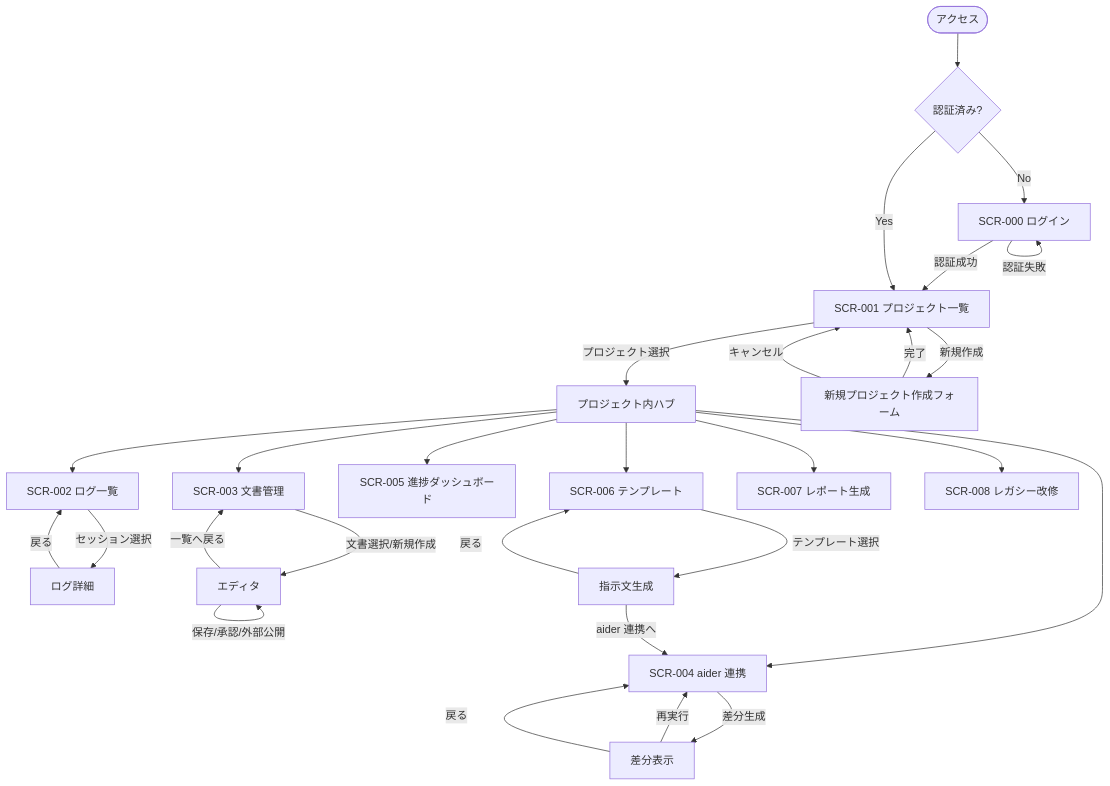
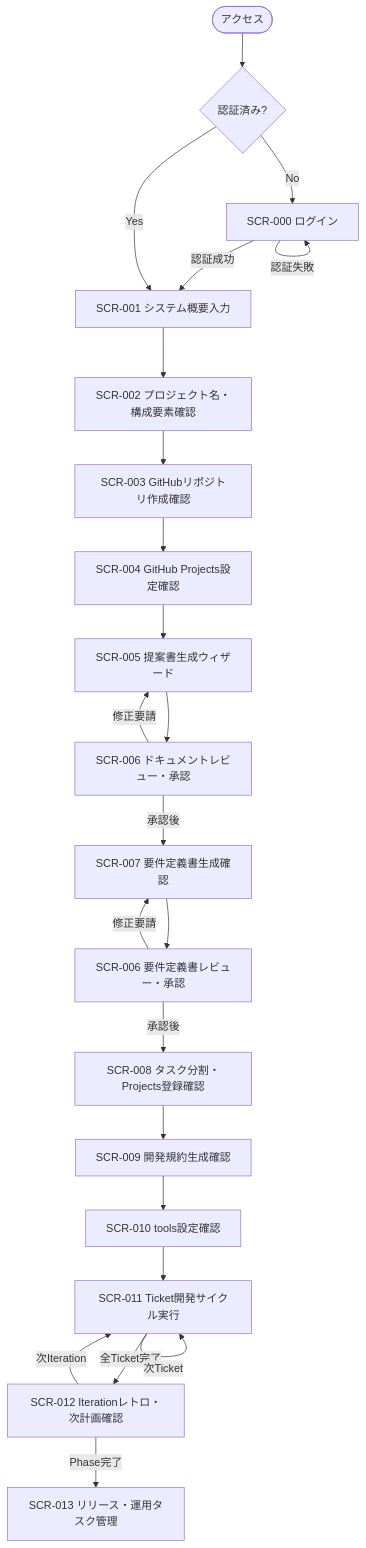
The first of 3 diagrams in _document/002.要件定義フェーズ/001.要件定義/001-06.画面遷移定義書.md (BossApe/lo-vibe), drawn with Mermaid before and after one commit. The commit also changed other lines of this file and 8 other files, not shown here.

````diff
--- a/_document/002.要件定義フェーズ/001.要件定義/001-06.画面遷移定義書.md
+++ b/_document/002.要件定義フェーズ/001.要件定義/001-06.画面遷移定義書.md
@@ -55,37 +64,26 @@
 ```mermaid
 flowchart TD
     START([アクセス]) --> AUTH{認証済み?}
     AUTH -- No --> SCR000[SCR-000 ログイン]
-    SCR000 -- 認証成功 --> SCR001[SCR-001 プロジェクト一覧]
+    SCR000 -- 認証成功 --> SCR001[SCR-001 システム概要入力]
     SCR000 -- 認証失敗 --> SCR000
-
     AUTH -- Yes --> SCR001
 
-    SCR001 -- プロジェクト選択 --> HUB[プロジェクト内ハブ]
-    SCR001 -- 新規作成 --> CREATE[新規プロジェクト作成フォーム]
-    CREATE -- 完了 --> SCR001
-    CREATE -- キャンセル --> SCR001
-
-    HUB --> SCR002[SCR-002 ログ一覧]
-    HUB --> SCR003[SCR-003 文書管理]
-    HUB --> SCR004[SCR-004 aider 連携]
-    HUB --> SCR005[SCR-005 進捗ダッシュボード]
-    HUB --> SCR006[SCR-006 テンプレート]
-    HUB --> SCR007[SCR-007 レポート生成]
-    HUB --> SCR008[SCR-008 レガシー改修]
-
-    SCR002 -- セッション選択 --> SCR002D[ログ詳細]
-    SCR002D -- 戻る --> SCR002
-
-    SCR003 -- 文書選択/新規作成 --> SCR003E[エディタ]
-    SCR003E -- 保存/承認/外部公開 --> SCR003E
-    SCR003E -- 一覧へ戻る --> SCR003
-
-    SCR004 -- 差分生成 --> SCR004D[差分表示]
-    SCR004D -- 再実行 --> SCR004
-    SCR004D -- 戻る --> SCR004
-
-    SCR006 -- テンプレート選択 --> SCR006G[指示文生成]
-    SCR006G -- aider 連携へ --> SCR004
-    SCR006G -- 戻る --> SCR006
+    SCR001 --> SCR002[SCR-002 プロジェクト名・構成要素確認]
+    SCR002 --> SCR003[SCR-003 GitHubリポジトリ作成確認]
+    SCR003 --> SCR004[SCR-004 GitHub Projects設定確認]
+    SCR004 --> SCR005[SCR-005 提案書生成ウィザード]
+    SCR005 --> SCR006[SCR-006 ドキュメントレビュー・承認]
+    SCR006 -- 承認後 --> SCR007[SCR-007 要件定義書生成確認]
+    SCR006 -- 修正要請 --> SCR005
+    SCR007 --> SCR006B[SCR-006 要件定義書レビュー・承認]
+    SCR006B -- 承認後 --> SCR008[SCR-008 タスク分割・Projects登録確認]
+    SCR006B -- 修正要請 --> SCR007
+    SCR008 --> SCR009[SCR-009 開発規約生成確認]
+    SCR009 --> SCR010[SCR-010 tools設定確認]
+    SCR010 --> SCR011[SCR-011 Ticket開発サイクル実行]
+    SCR011 -- 全Ticket完了 --> SCR012[SCR-012 Iterationレトロ・次計画確認]
+    SCR011 -- 次Ticket --> SCR011
+    SCR012 -- 次Iteration --> SCR011
+    SCR012 -- Phase完了 --> SCR013[SCR-013 リリース・運用タスク管理]
 ```
````
